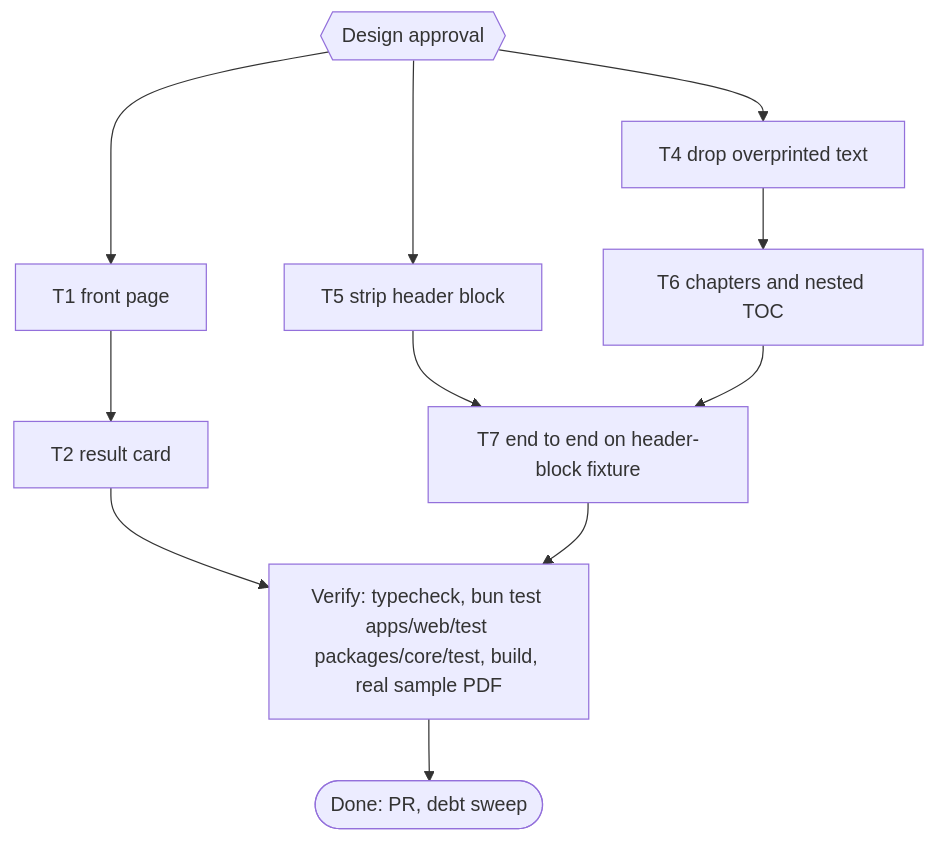
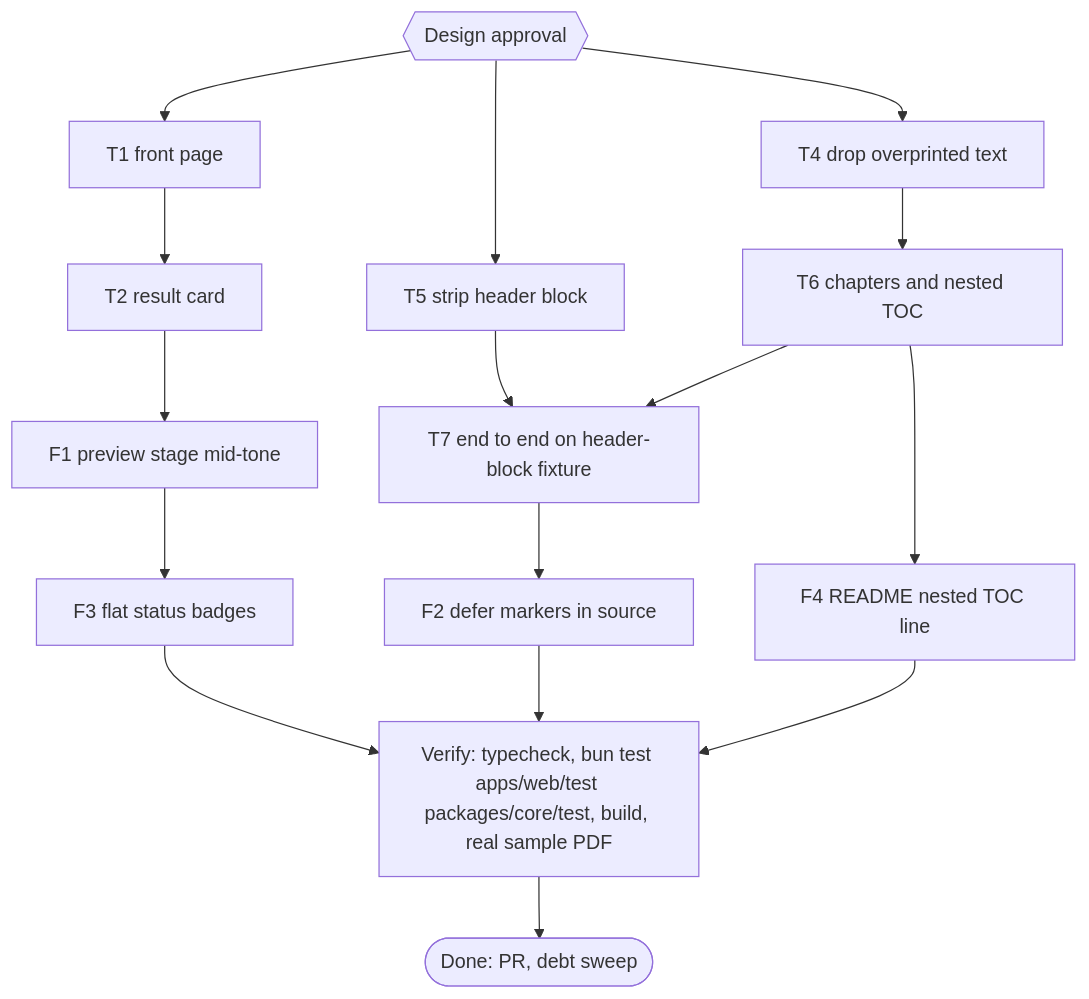
One commit to belajarcarabelajar/pubmy changed the diagram in docs/code-plan/plans/2026-11-09-pubmy-ui-review-fixes.md. Above: the diagram before and after it, drawn with Mermaid. The commit also changed other lines of this file, not shown here.

Commit message:
docs(plan): add debt sweep follow-ups F1 to F4 and the deploy request

````diff
--- a/docs/code-plan/plans/2026-11-09-pubmy-ui-review-fixes.md
+++ b/docs/code-plan/plans/2026-11-09-pubmy-ui-review-fixes.md
@@ -147,15 +216,20 @@
 ```mermaid
 flowchart TD
     accTitle: pubmy UI review fixes task map
-    accDescr: The web lane T1, T2 runs in sequence; the core lane runs T4 and T5 in parallel, then T6 after T4, then T7 after T5 and T6; both lanes meet at verification and the pull request.
+    accDescr: The web lane T1, T2 runs in sequence; the core lane runs T4 and T5 in parallel, then T6 after T4, then T7 after T5 and T6. The debt sweep added F1 and F3 (web, after T2, in sequence), F2 (after T7) and F4 (after T6); all lanes meet at verification and the pull request.
     G0{{"Design approval"}} --> T1["T1 front page"]
     G0 --> T4["T4 drop overprinted text"]
     G0 --> T5["T5 strip header block"]
     T1 --> T2["T2 result card"]
     T4 --> T6["T6 chapters and nested TOC"]
     T5 --> T7["T7 end to end on header-block fixture"]
     T6 --> T7
-    T2 --> V["Verify: typecheck, bun test apps/web/test packages/core/test, build, real sample PDF"]
-    T7 --> V
+    T2 --> F1["F1 preview stage mid-tone"]
+    F1 --> F3["F3 flat status badges"]
+    T7 --> F2["F2 defer markers in source"]
+    T6 --> F4["F4 README nested TOC line"]
+    F3 --> V["Verify: typecheck, bun test apps/web/test packages/core/test, build, real sample PDF"]
+    F2 --> V
+    F4 --> V
     V --> D(["Done: PR, debt sweep"])
 ```
````
